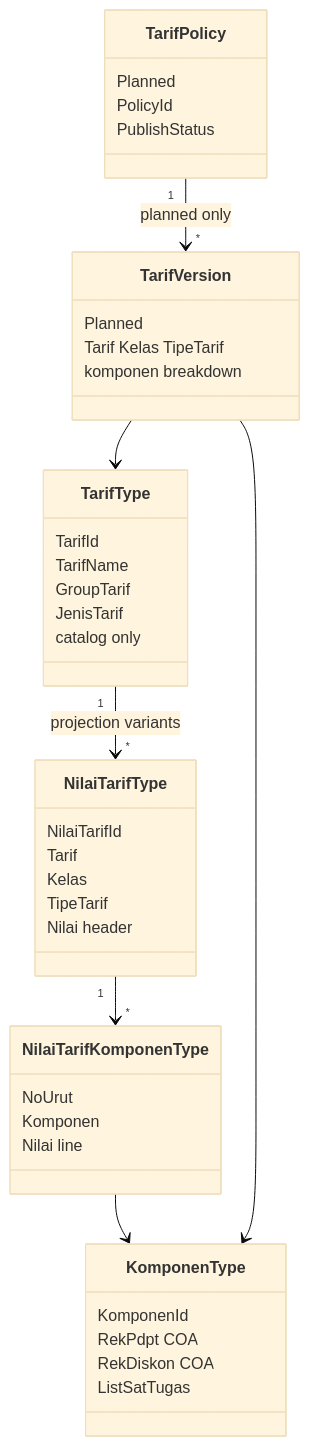
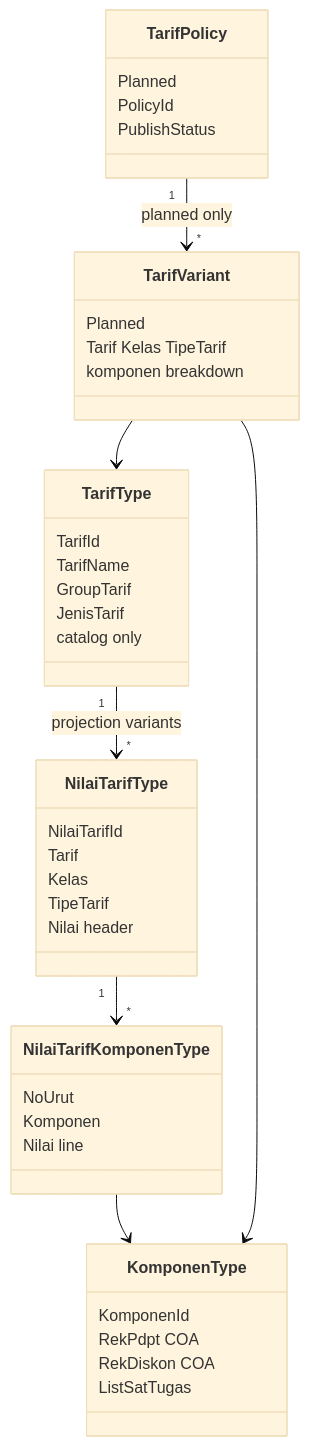
The first of 3 diagrams in docs/contexts/tarif/tarif-02-domain.md (smart-ics/b09-bilreg-api), drawn with Mermaid (base theme) before and after one commit. The commit also changed other lines of this file and 23 other files, not shown here.

````diff
--- a/docs/contexts/tarif/tarif-02-domain.md
+++ b/docs/contexts/tarif/tarif-02-domain.md
@@ -27,53 +27,53 @@
 ```mermaid
 classDiagram
     direction TB
 
     class TarifType {
         TarifId
         TarifName
         GroupTarif
         JenisTarif
         catalog only
     }
 
     class NilaiTarifType {
         NilaiTarifId
         Tarif
         Kelas
         TipeTarif
         Nilai header
     }
 
     class NilaiTarifKomponenType {
         NoUrut
         Komponen
         Nilai line
     }
 
     class KomponenType {
         KomponenId
         RekPdpt COA
         RekDiskon COA
         ListSatTugas
     }
 
     class TarifPolicy {
         Planned
         PolicyId
         PublishStatus
     }
 
-    class TarifVersion {
+    class TarifVariant {
         Planned
         Tarif Kelas TipeTarif
         komponen breakdown
     }
 
     TarifType "1" --> "*" NilaiTarifType : projection variants
     NilaiTarifType "1" --> "*" NilaiTarifKomponenType
     NilaiTarifKomponenType --> KomponenType
 
-    TarifPolicy "1" --> "*" TarifVersion : planned only
-    TarifVersion --> TarifType
-    TarifVersion --> KomponenType
+    TarifPolicy "1" --> "*" TarifVariant : planned only
+    TarifVariant --> TarifType
+    TarifVariant --> KomponenType
 ```
````
